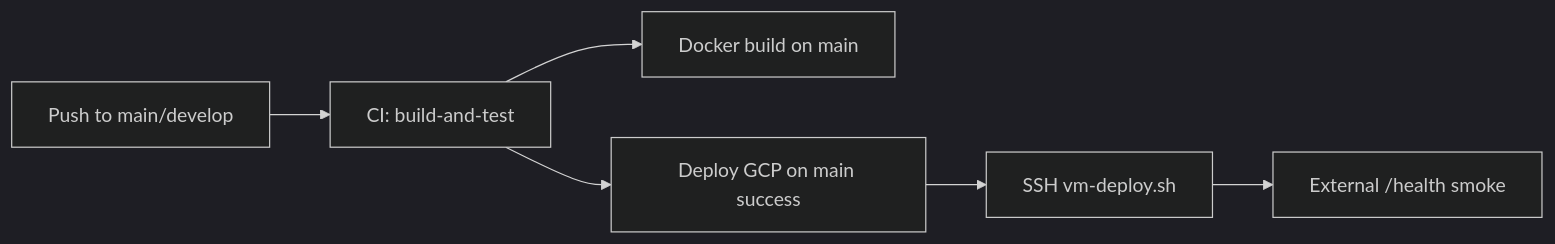
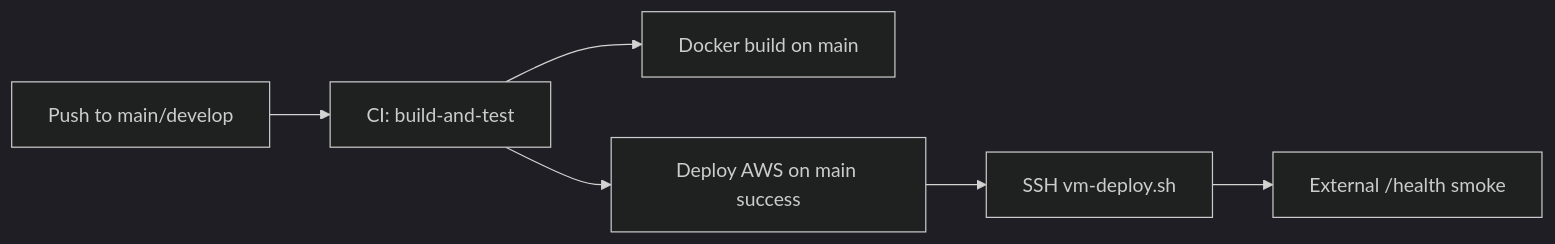
Before and after one commit to kshitijsince2004/demo_zedral: the diagram in GITHUB_ACTIONS_AUDIT.md, drawn with Mermaid (dark theme). The commit also changed other lines of this file and 20 other files, not shown here.

First line of the commit message:
chore: remove GCP deployment and finish AWS migration

````diff
--- a/GITHUB_ACTIONS_AUDIT.md
+++ b/GITHUB_ACTIONS_AUDIT.md
@@ -10,8 +10,8 @@
 ```mermaid
 flowchart LR
   push[Push to main/develop] --> ci[CI: build-and-test]
   ci --> docker[Docker build on main]
-  ci --> deploy[Deploy GCP on main success]
+  ci --> deploy[Deploy AWS on main success]
   deploy --> ssh[SSH vm-deploy.sh]
   ssh --> smoke[External /health smoke]
 ```
````
